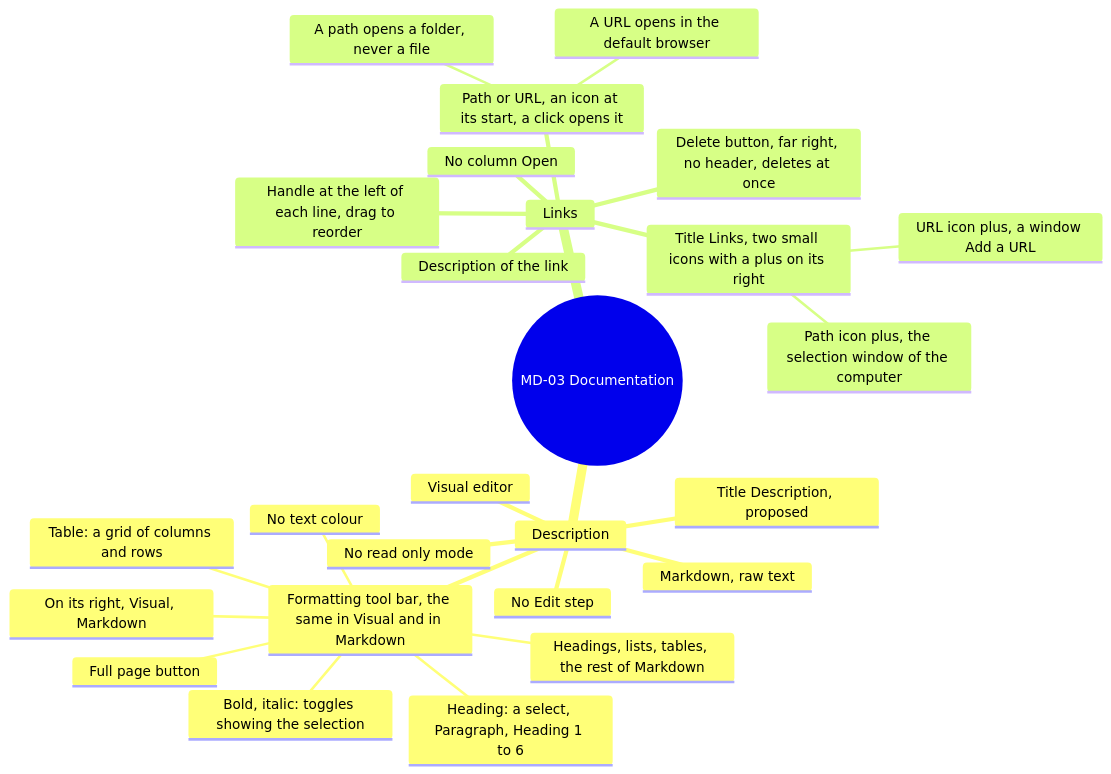
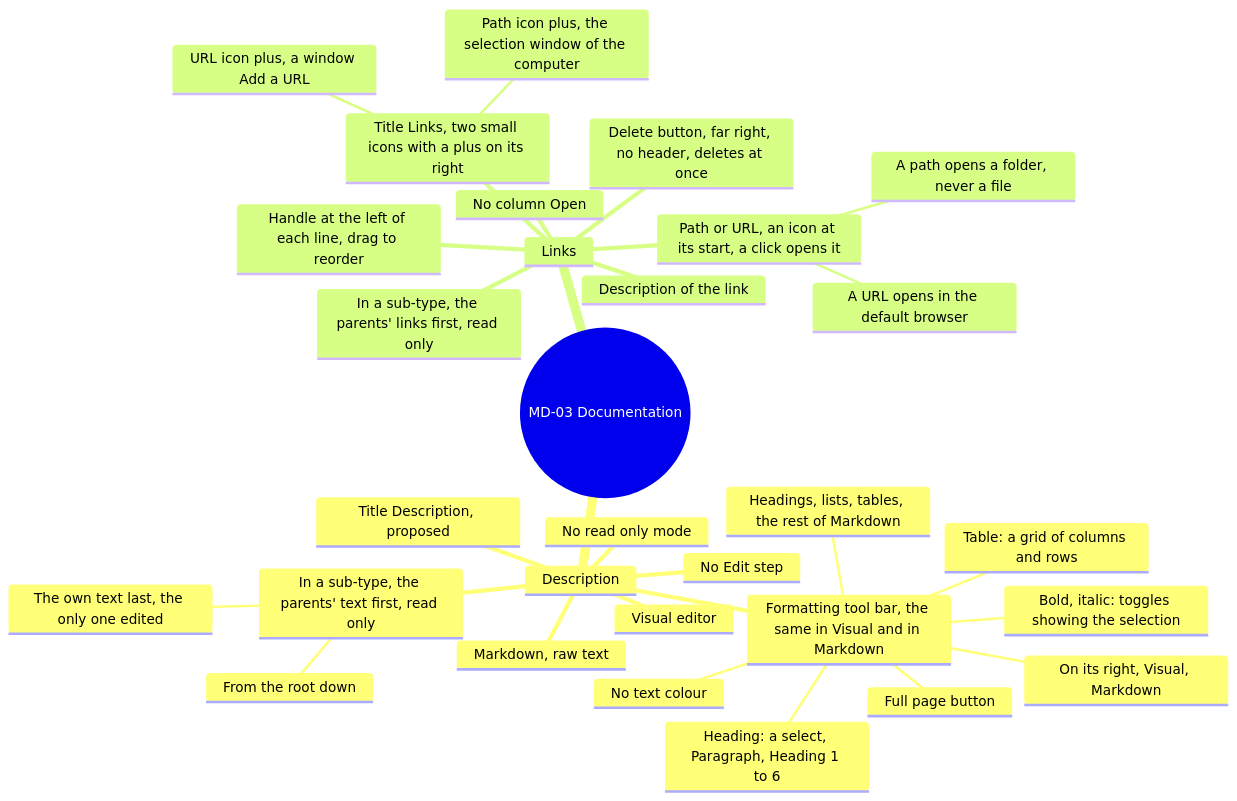
The fourth of 17 diagrams in screens/metadata.md (AlexandreGallais/synoptic-studio-spec), drawn with Mermaid before and after one commit. The commit also changed other lines of this file and 81 other files, not shown here.

````diff
--- a/screens/metadata.md
+++ b/screens/metadata.md
@@ -130,29 +131,33 @@
 ```mermaid
 mindmap
   root((MD-03 Documentation))
     Description
       Title Description, proposed
       No Edit step
       Formatting tool bar, the same in Visual and in Markdown
         Headings, lists, tables, the rest of Markdown
         Bold, italic: toggles showing the selection
         Heading: a select, Paragraph, Heading 1 to 6
         Table: a grid of columns and rows
         No text colour
         On its right, Visual, Markdown
         Full page button
       Visual editor
       Markdown, raw text
       No read only mode
+      In a sub-type, the parents' text first, read only
+        From the root down
+        The own text last, the only one edited
     Links
+      In a sub-type, the parents' links first, read only
       Title Links, two small icons with a plus on its right
         Path icon plus, the selection window of the computer
         URL icon plus, a window Add a URL
       Handle at the left of each line, drag to reorder
       Path or URL, an icon at its start, a click opens it
         A path opens a folder, never a file
         A URL opens in the default browser
       Description of the link
       No column Open
       Delete button, far right, no header, deletes at once
 ```
````
